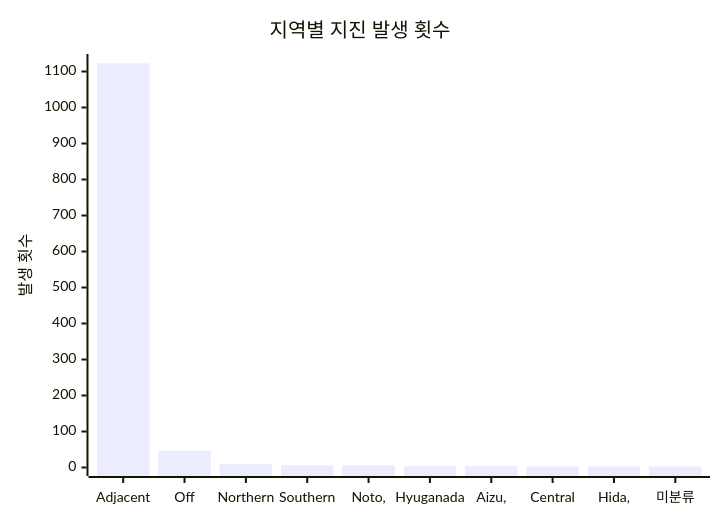
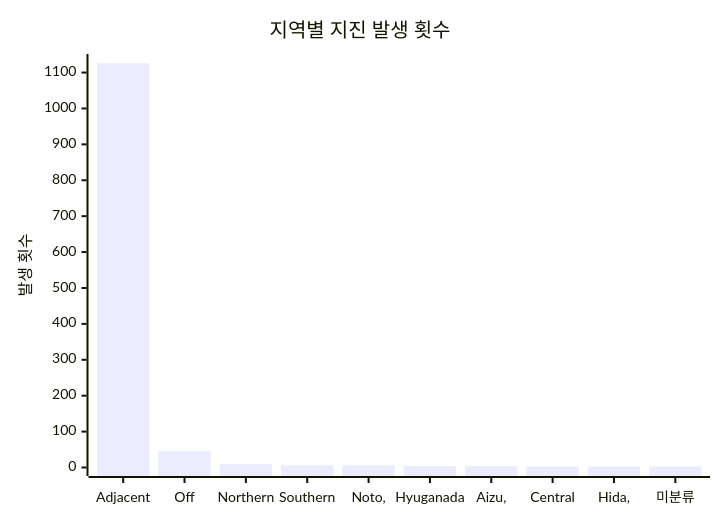
One commit to serendip811/japan-eq changed the diagram in charts/region-chart.md. Above: the diagram before and after it, drawn with Mermaid. The commit also changed other lines of this file and 5 other files, not shown here.

Commit message:
Update earthquake data and charts Fri Jul  4 12:06:39 UTC 2025

````diff
--- a/charts/region-chart.md
+++ b/charts/region-chart.md
@@ -3,7 +3,7 @@
 ```mermaid
 xychart-beta
     title "지역별 지진 발생 횟수"
     x-axis ["Adjacent", "Off", "Northern", "Southern", "Noto,", "Hyuganada", "Aizu,", "Central", "Hida,", "미분류"]
-    y-axis "발생 횟수" 0 --> 1125
-    bar [1123, 46, 10, 6, 6, 4, 4, 3, 3, 3]
+    y-axis "발생 횟수" 0 --> 1128
+    bar [1126, 46, 10, 6, 6, 4, 4, 3, 3, 3]
 ```
````
